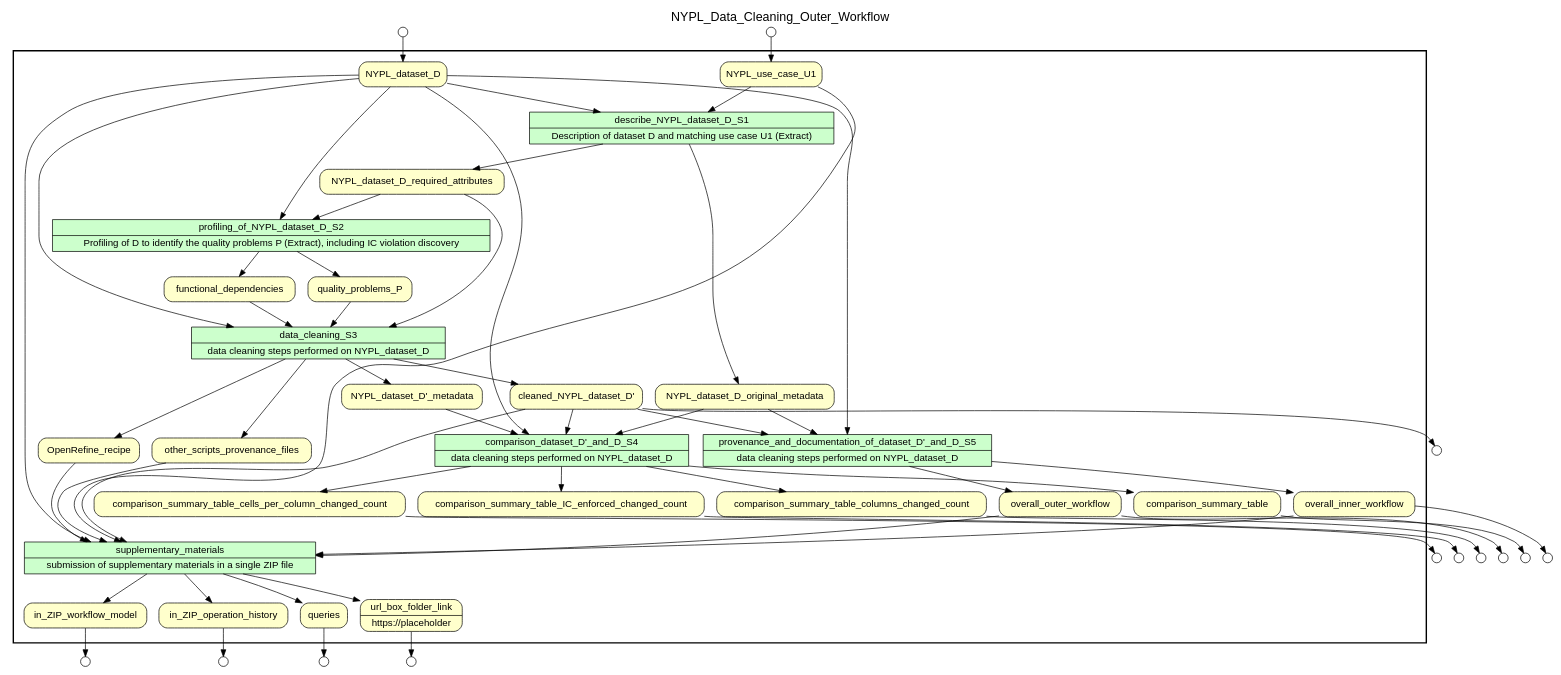
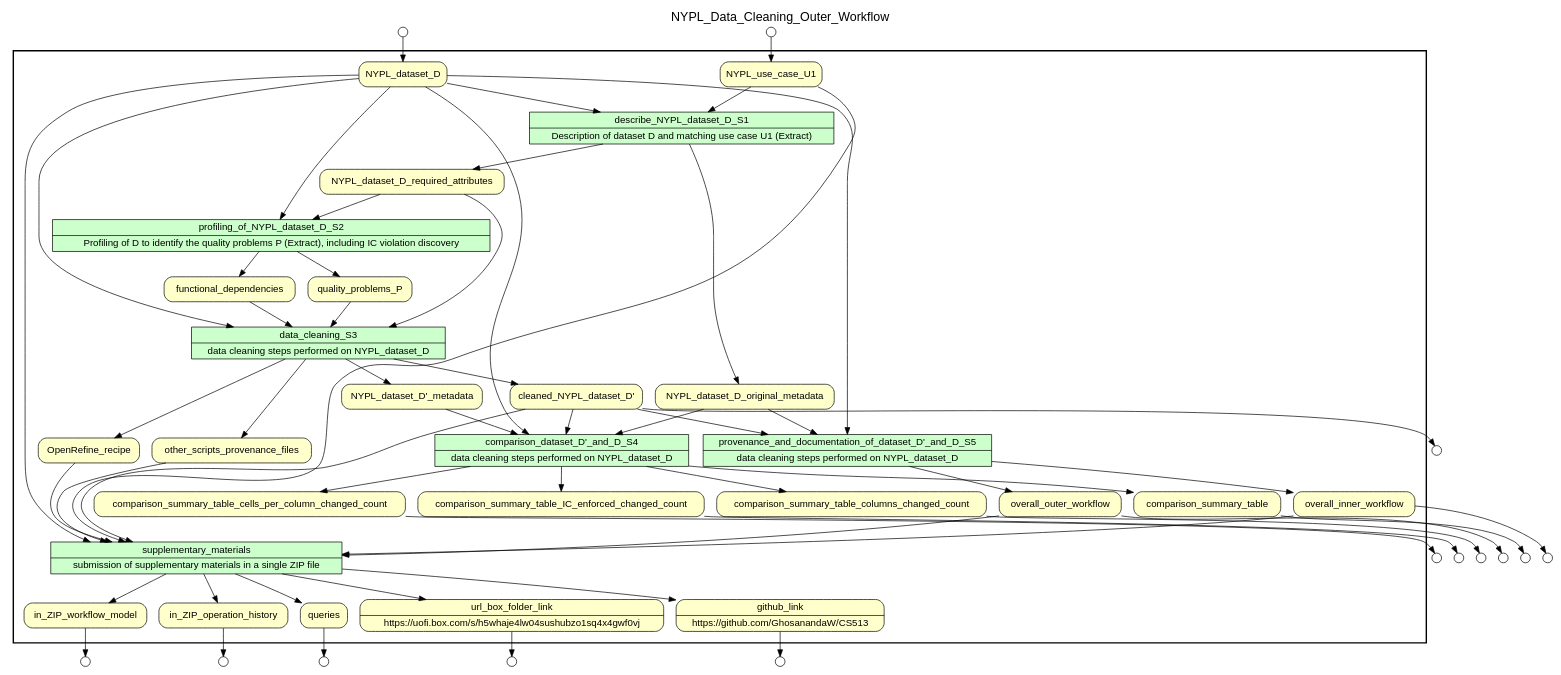
The diagram in supplementary_materials/Workflow Model/Overall Outer Workflow/workflow_model_outer_workflow_yesworkflow.gv (GhosanandaW/CS513), drawn with Graphviz before and after one commit. The commit also changed 8 other files, not shown here.

```diff
--- a/supplementary_materials/Workflow Model/Overall Outer Workflow/workflow_model_outer_workflow_yesworkflow.gv
+++ b/supplementary_materials/Workflow Model/Overall Outer Workflow/workflow_model_outer_workflow_yesworkflow.gv
@@ -1,141 +1,145 @@
 
 /* Start of top-level graph */
 digraph Workflow {
 rankdir=TB
 
 /* Title for graph */
 fontname=Helvetica; fontsize=18; labelloc=t
 label=NYPL_Data_Cleaning_Outer_Workflow
 
 /* Start of double cluster for drawing box around nodes in workflow */
 subgraph cluster_workflow_box_outer { label=""; color=black; penwidth=2
 subgraph cluster_workflow_box_inner { label=""; penwidth=0
 
 /* Style for nodes representing atomic programs in workflow */
 node[shape=box style=filled fillcolor="#CCFFCC" peripheries=1 fontname=Helvetica]
 
 /* Nodes representing atomic programs in workflow */
 describe_NYPL_dataset_D_S1 [shape=record rankdir=LR label="{<f0> describe_NYPL_dataset_D_S1 |<f1> Description of dataset D and matching use case U1 (Extract)}"];
 profiling_of_NYPL_dataset_D_S2 [shape=record rankdir=LR label="{<f0> profiling_of_NYPL_dataset_D_S2 |<f1> Profiling of D to identify the quality problems P (Extract), including IC violation discovery}"];
 data_cleaning_S3 [shape=record rankdir=LR label="{<f0> data_cleaning_S3 |<f1> data cleaning steps performed on NYPL_dataset_D}"];
 "comparison_dataset_D'_and_D_S4" [shape=record rankdir=LR label="{<f0> comparison_dataset_D'_and_D_S4 |<f1> data cleaning steps performed on NYPL_dataset_D}"];
 "provenance_and_documentation_of_dataset_D'_and_D_S5" [shape=record rankdir=LR label="{<f0> provenance_and_documentation_of_dataset_D'_and_D_S5 |<f1> data cleaning steps performed on NYPL_dataset_D}"];
 supplementary_materials [shape=record rankdir=LR label="{<f0> supplementary_materials |<f1> submission of supplementary materials in a single ZIP file}"];
 
 /* Style for nodes representing non-parameter data channels in workflow */
 node[shape=box style="rounded,filled" fillcolor="#FFFFCC" peripheries=1 fontname=Helvetica]
 
 /* Nodes for non-parameter data channels in workflow */
 comparison_summary_table
 comparison_summary_table_columns_changed_count
 comparison_summary_table_cells_per_column_changed_count
 comparison_summary_table_IC_enforced_changed_count
 overall_outer_workflow
 overall_inner_workflow
 "cleaned_NYPL_dataset_D'"
 in_ZIP_workflow_model
 in_ZIP_operation_history
 queries
-url_box_folder_link [shape=record rankdir=LR label="{<f0> url_box_folder_link |<f1> https\://placeholder}"];
+url_box_folder_link [shape=record rankdir=LR label="{<f0> url_box_folder_link |<f1> https\://uofi.box.com/s/h5whaje4lw04sushubzo1sq4x4gwf0vj}"];
+github_link [shape=record rankdir=LR label="{<f0> github_link |<f1> https\://github.com/GhosanandaW/CS513}"];
 NYPL_dataset_D
 NYPL_use_case_U1
 NYPL_dataset_D_required_attributes
 quality_problems_P
 functional_dependencies
 "NYPL_dataset_D'_metadata"
 NYPL_dataset_D_original_metadata
 OpenRefine_recipe
 other_scripts_provenance_files
 
 /* Style for nodes representing parameter channels in workflow */
 node[shape=box style="rounded,filled" fillcolor="#FCFCFC" peripheries=1 fontname=Helvetica]
 
 /* Nodes representing parameter channels in workflow */
 
 /* Edges representing connections between programs and channels */
 describe_NYPL_dataset_D_S1 -> NYPL_dataset_D_required_attributes
 describe_NYPL_dataset_D_S1 -> NYPL_dataset_D_original_metadata
 NYPL_dataset_D -> describe_NYPL_dataset_D_S1
 NYPL_use_case_U1 -> describe_NYPL_dataset_D_S1
 profiling_of_NYPL_dataset_D_S2 -> quality_problems_P
 profiling_of_NYPL_dataset_D_S2 -> functional_dependencies
 NYPL_dataset_D -> profiling_of_NYPL_dataset_D_S2
 NYPL_dataset_D_required_attributes -> profiling_of_NYPL_dataset_D_S2
 data_cleaning_S3 -> "cleaned_NYPL_dataset_D'"
 data_cleaning_S3 -> "NYPL_dataset_D'_metadata"
 data_cleaning_S3 -> OpenRefine_recipe
 data_cleaning_S3 -> other_scripts_provenance_files
 NYPL_dataset_D -> data_cleaning_S3
 NYPL_dataset_D_required_attributes -> data_cleaning_S3
 quality_problems_P -> data_cleaning_S3
 functional_dependencies -> data_cleaning_S3
 "comparison_dataset_D'_and_D_S4" -> comparison_summary_table
 "comparison_dataset_D'_and_D_S4" -> comparison_summary_table_columns_changed_count
 "comparison_dataset_D'_and_D_S4" -> comparison_summary_table_cells_per_column_changed_count
 "comparison_dataset_D'_and_D_S4" -> comparison_summary_table_IC_enforced_changed_count
 "cleaned_NYPL_dataset_D'" -> "comparison_dataset_D'_and_D_S4"
 "NYPL_dataset_D'_metadata" -> "comparison_dataset_D'_and_D_S4"
 NYPL_dataset_D -> "comparison_dataset_D'_and_D_S4"
 NYPL_dataset_D_original_metadata -> "comparison_dataset_D'_and_D_S4"
 "provenance_and_documentation_of_dataset_D'_and_D_S5" -> overall_outer_workflow
 "provenance_and_documentation_of_dataset_D'_and_D_S5" -> overall_inner_workflow
 NYPL_dataset_D_original_metadata -> "provenance_and_documentation_of_dataset_D'_and_D_S5"
 "cleaned_NYPL_dataset_D'" -> "provenance_and_documentation_of_dataset_D'_and_D_S5"
 NYPL_dataset_D -> "provenance_and_documentation_of_dataset_D'_and_D_S5"
 supplementary_materials -> in_ZIP_workflow_model
 supplementary_materials -> in_ZIP_operation_history
 supplementary_materials -> queries
 supplementary_materials -> url_box_folder_link
+supplementary_materials -> github_link
 overall_outer_workflow -> supplementary_materials
 overall_inner_workflow -> supplementary_materials
 OpenRefine_recipe -> supplementary_materials
 other_scripts_provenance_files -> supplementary_materials
 NYPL_use_case_U1 -> supplementary_materials
 NYPL_dataset_D -> supplementary_materials
 "cleaned_NYPL_dataset_D'" -> supplementary_materials
 
 /* End of double cluster for drawing box around nodes in workflow */
 }}
 
 /* Style for nodes representing workflow input ports */
 node[shape=circle style="rounded,filled" fillcolor="#FFFFFF" peripheries=1 fontname=Helvetica width=0.2]
 
 /* Nodes representing workflow input ports */
 NYPL_dataset_D_input_port [label=""]
 NYPL_use_case_U1_input_port [label=""]
 
 /* Style for nodes representing workflow output ports */
 node[shape=circle style="rounded,filled" fillcolor="#FFFFFF" peripheries=1 fontname=Helvetica width=0.2]
 
 /* Nodes representing workflow output ports */
 comparison_summary_table_output_port [label=""]
 comparison_summary_table_columns_changed_count_output_port [label=""]
 comparison_summary_table_cells_per_column_changed_count_output_port [label=""]
 comparison_summary_table_IC_enforced_changed_count_output_port [label=""]
 overall_outer_workflow_output_port [label=""]
 overall_inner_workflow_output_port [label=""]
 "cleaned_NYPL_dataset_D'_output_port" [label=""]
 in_ZIP_workflow_model_output_port [label=""]
 in_ZIP_operation_history_output_port [label=""]
 queries_output_port [label=""]
 url_box_folder_link_output_port [label=""]
+github_link_output_port [label=""]
 
 /* Edges from input ports to channels */
 NYPL_dataset_D_input_port -> NYPL_dataset_D
 NYPL_use_case_U1_input_port -> NYPL_use_case_U1
 
 /* Edges from channels to output ports */
 comparison_summary_table -> comparison_summary_table_output_port
 comparison_summary_table_columns_changed_count -> comparison_summary_table_columns_changed_count_output_port
 comparison_summary_table_cells_per_column_changed_count -> comparison_summary_table_cells_per_column_changed_count_output_port
 comparison_summary_table_IC_enforced_changed_count -> comparison_summary_table_IC_enforced_changed_count_output_port
 overall_outer_workflow -> overall_outer_workflow_output_port
 overall_inner_workflow -> overall_inner_workflow_output_port
 "cleaned_NYPL_dataset_D'" -> "cleaned_NYPL_dataset_D'_output_port"
 in_ZIP_workflow_model -> in_ZIP_workflow_model_output_port
 in_ZIP_operation_history -> in_ZIP_operation_history_output_port
 queries -> queries_output_port
 url_box_folder_link -> url_box_folder_link_output_port
+github_link -> github_link_output_port
 
 /* End of top-level graph */
 }
```
